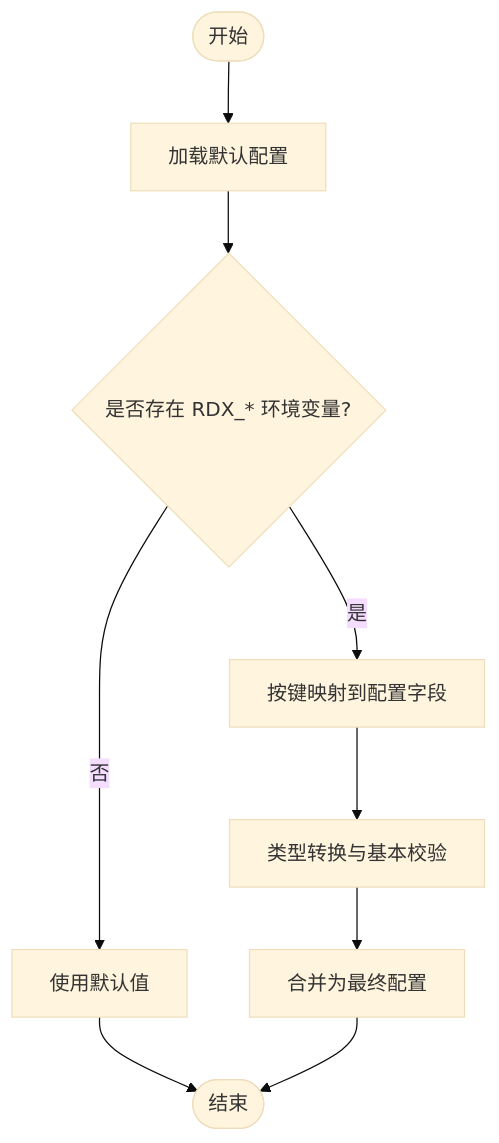
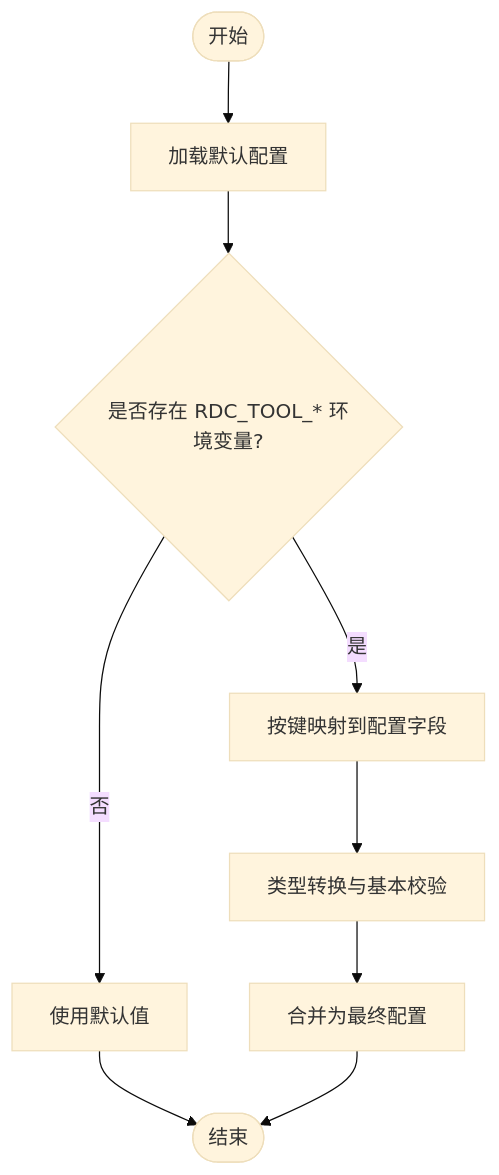
Before and after one commit to haolange/RDC-Tool: the third of 7 diagrams in .qoder/repowiki/zh/content/运行时管理/配置管理系统.md, drawn with Mermaid (base theme). The commit also changed other lines of this file and 388 other files, not shown here.

First line of the commit message:
Release RDC-Tool identity and public maintenance surface

````diff
--- a/.qoder/repowiki/zh/content/运行时管理/配置管理系统.md
+++ b/.qoder/repowiki/zh/content/运行时管理/配置管理系统.md
@@ -118,11 +118,11 @@
 ```mermaid
 flowchart TD
 Start(["开始"]) --> LoadDefaults["加载默认配置"]
-LoadDefaults --> ReadEnv{"是否存在 RDX_* 环境变量?"}
+LoadDefaults --> ReadEnv{"是否存在 RDC_TOOL_* 环境变量?"}
 ReadEnv -- "否" --> UseDefaults["使用默认值"]
 ReadEnv -- "是" --> MapEnv["按键映射到配置字段"]
 MapEnv --> ValidateTypes["类型转换与基本校验"]
 ValidateTypes --> Merge["合并为最终配置"]
 UseDefaults --> End(["结束"])
 Merge --> End
 ```
````
